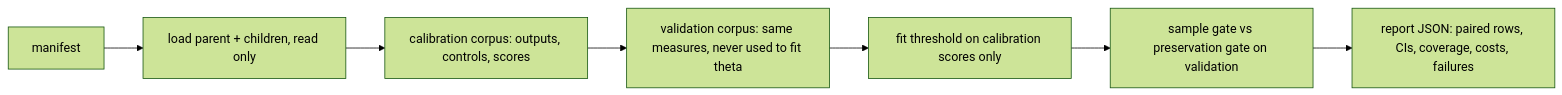
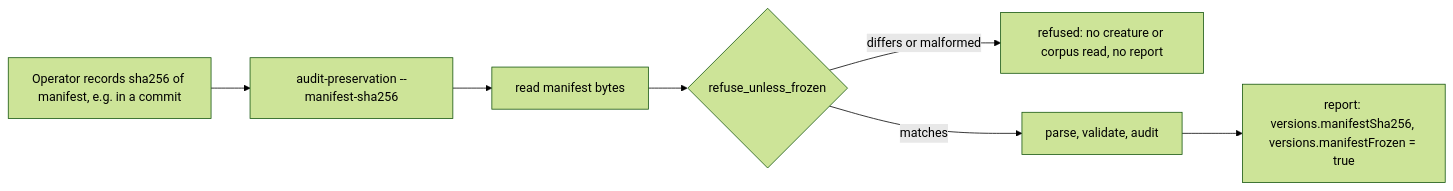
The diagram in docs/archive/pr-summaries/pr-summary-264.md (stSoftwareAU/NEAT-AI-Ockham), drawn with Mermaid (forest theme) before and after one commit. The commit also changed other lines of this file, not shown here.

First line of the commit message:
Rewrite the PR summary for the manifest freeze (Issue #264)

````diff
--- a/docs/archive/pr-summaries/pr-summary-264.md
+++ b/docs/archive/pr-summaries/pr-summary-264.md
@@ -35,9 +55,9 @@
 ```mermaid
 flowchart LR
-    M[manifest] --> L[load parent + children, read only]
-    L --> C[calibration corpus: outputs, controls, scores]
-    C --> V[validation corpus: same measures, never used to fit theta]
-    V --> T[fit threshold on calibration scores only]
-    T --> G[sample gate vs preservation gate on validation]
-    G --> R[report JSON: paired rows, CIs, coverage, costs, failures]
+    R[Operator records sha256 of manifest, e.g. in a commit] --> C[audit-preservation --manifest-sha256]
+    C --> L[read manifest bytes]
+    L --> F{refuse_unless_frozen}
+    F -- differs or malformed --> X[refused: no creature or corpus read, no report]
+    F -- matches --> A[parse, validate, audit]
+    A --> O[report: versions.manifestSha256, versions.manifestFrozen = true]
 ```
````
